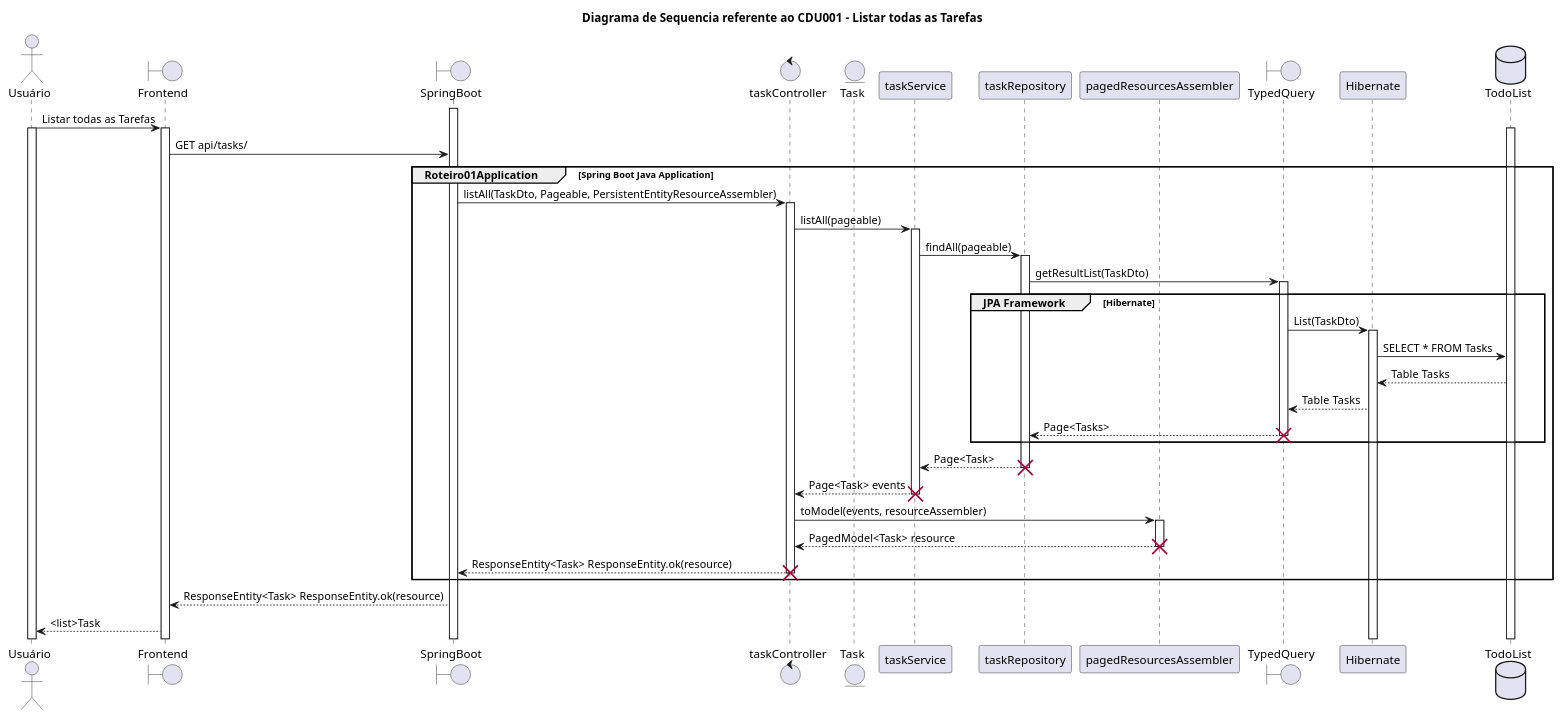
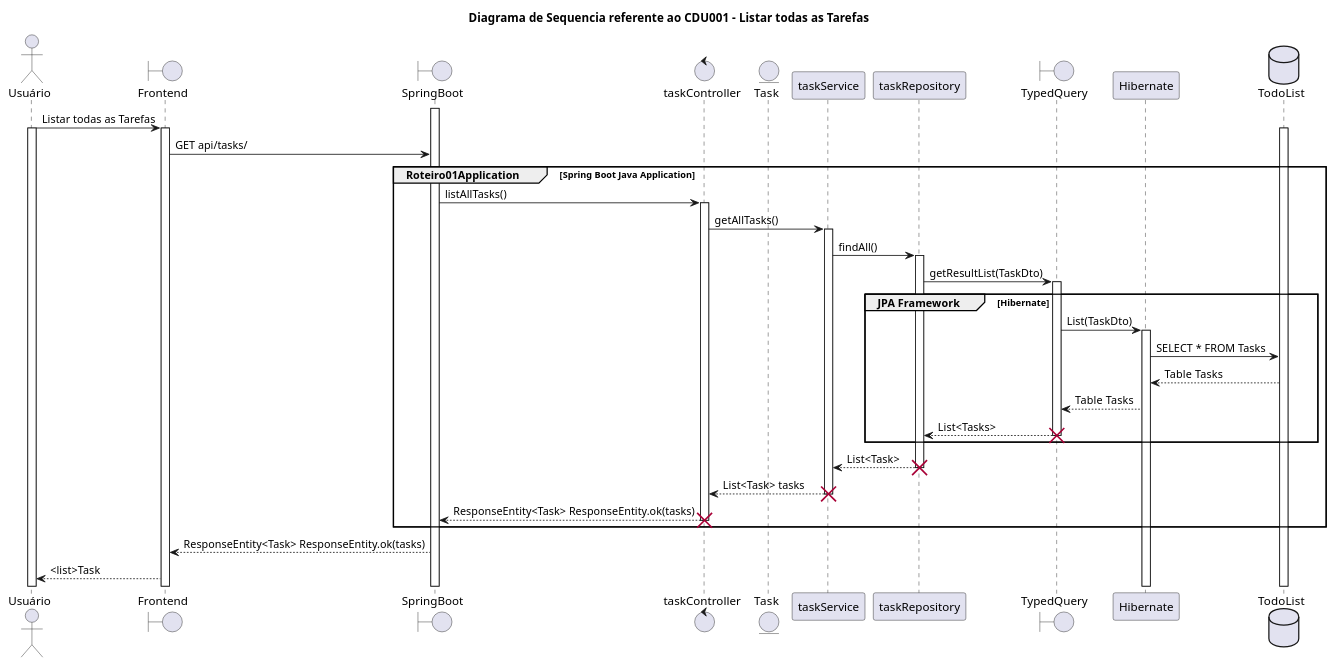
Before and after one commit to friche11/To-do-list: the diagram in Docs/diagramas_sequencia/CDU001 - Listar todas as Tarefas.puml, drawn with PlantUML. The commit also changed 1 other file, not shown here.

Commit message:
refactor: diagrama de sequência de listar tarefas sem pageable

```diff
--- a/Docs/diagramas_sequencia/CDU001 - Listar todas as Tarefas.puml
+++ b/Docs/diagramas_sequencia/CDU001 - Listar todas as Tarefas.puml
@@ -1,51 +1,46 @@
 @startuml
 title Diagrama de Sequencia referente ao CDU001 - Listar todas as Tarefas
 actor Usuário
 Boundary Frontend
 Boundary SpringBoot
 Control taskController
 Entity Task
 Participant taskService
 Participant taskRepository
-Participant pagedResourcesAssembler
 Boundary TypedQuery
 Participant Hibernate
 Database TodoList
 activate SpringBoot
 Usuário -> Frontend: Listar todas as Tarefas
 activate Usuário
 activate Frontend
 activate TodoList
 Frontend -> SpringBoot: GET api/tasks/
 group Roteiro01Application [Spring Boot Java Application]
-SpringBoot -> taskController: listAll(TaskDto, Pageable, PersistentEntityResourceAssembler)
+SpringBoot -> taskController: listAllTasks()
 activate taskController
-taskController -> taskService: listAll(pageable)
+taskController -> taskService: getAllTasks()
 activate taskService
-taskService -> taskRepository: findAll(pageable)
+taskService -> taskRepository: findAll()
 activate taskRepository
 taskRepository -> TypedQuery: getResultList(TaskDto)
 group JPA Framework[Hibernate]
 Activate TypedQuery
 TypedQuery -> Hibernate: List(TaskDto)
 Activate Hibernate
 Hibernate -> TodoList: SELECT * FROM Tasks
 TodoList --> Hibernate: Table Tasks
 Hibernate --> TypedQuery: Table Tasks
-TypedQuery --> taskRepository: Page<Tasks>
+TypedQuery --> taskRepository: List<Tasks>
 destroy TypedQuery
 end
-taskRepository --> taskService: Page<Task>
+taskRepository --> taskService: List<Task>
 destroy taskRepository
-taskService --> taskController: Page<Task> events
+taskService --> taskController: List<Task> tasks
 destroy taskService
-taskController -> pagedResourcesAssembler: toModel(events, resourceAssembler)
-activate pagedResourcesAssembler
-pagedResourcesAssembler --> taskController: PagedModel<Task> resource
-destroy pagedResourcesAssembler
-taskController --> SpringBoot: ResponseEntity<Task> ResponseEntity.ok(resource)
+taskController --> SpringBoot: ResponseEntity<Task> ResponseEntity.ok(tasks)
 destroy taskController
 end
-SpringBoot --> Frontend : ResponseEntity<Task> ResponseEntity.ok(resource)
+SpringBoot --> Frontend : ResponseEntity<Task> ResponseEntity.ok(tasks)
 Frontend --> Usuário: <list>Task
 @enduml
```
